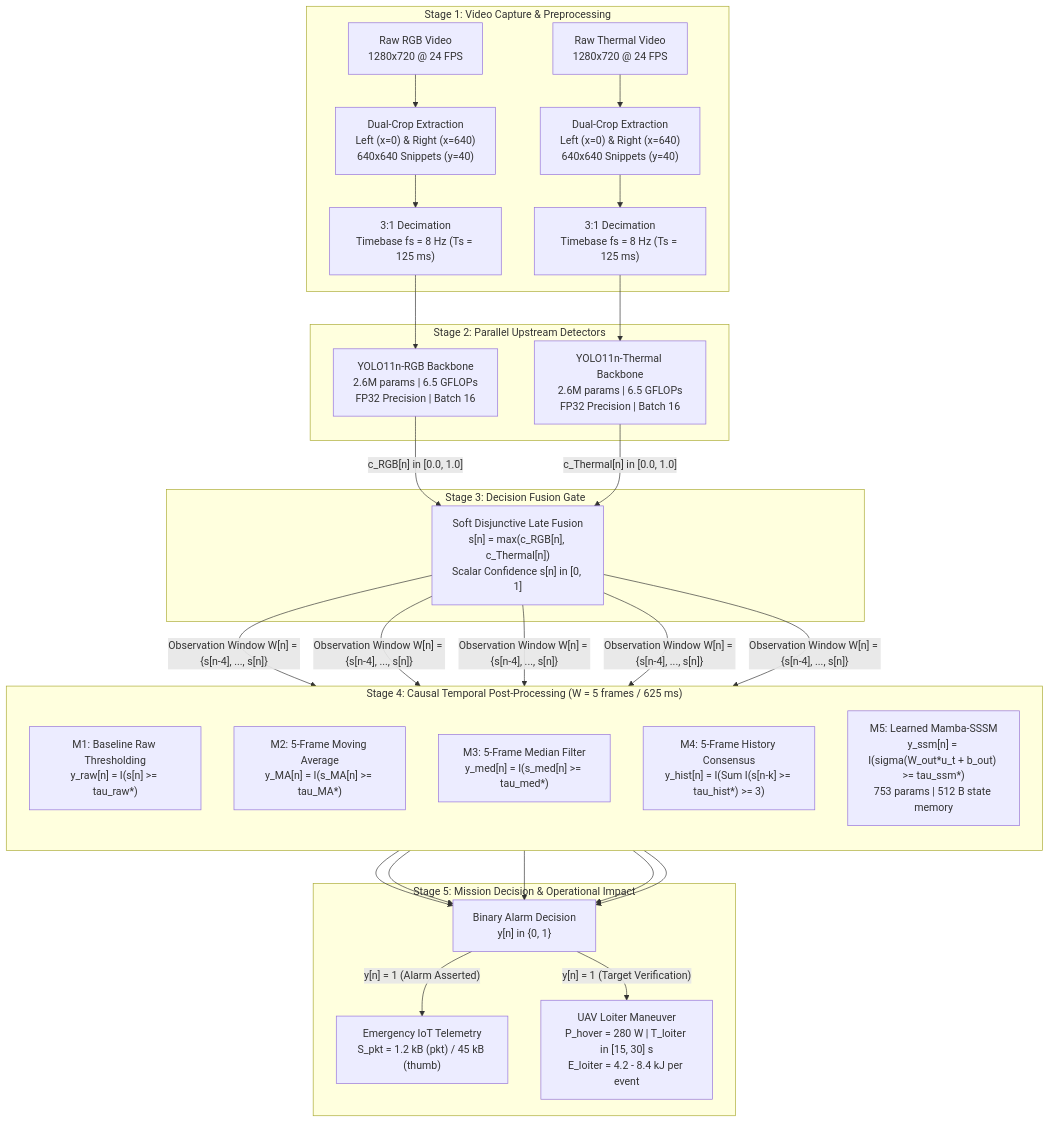
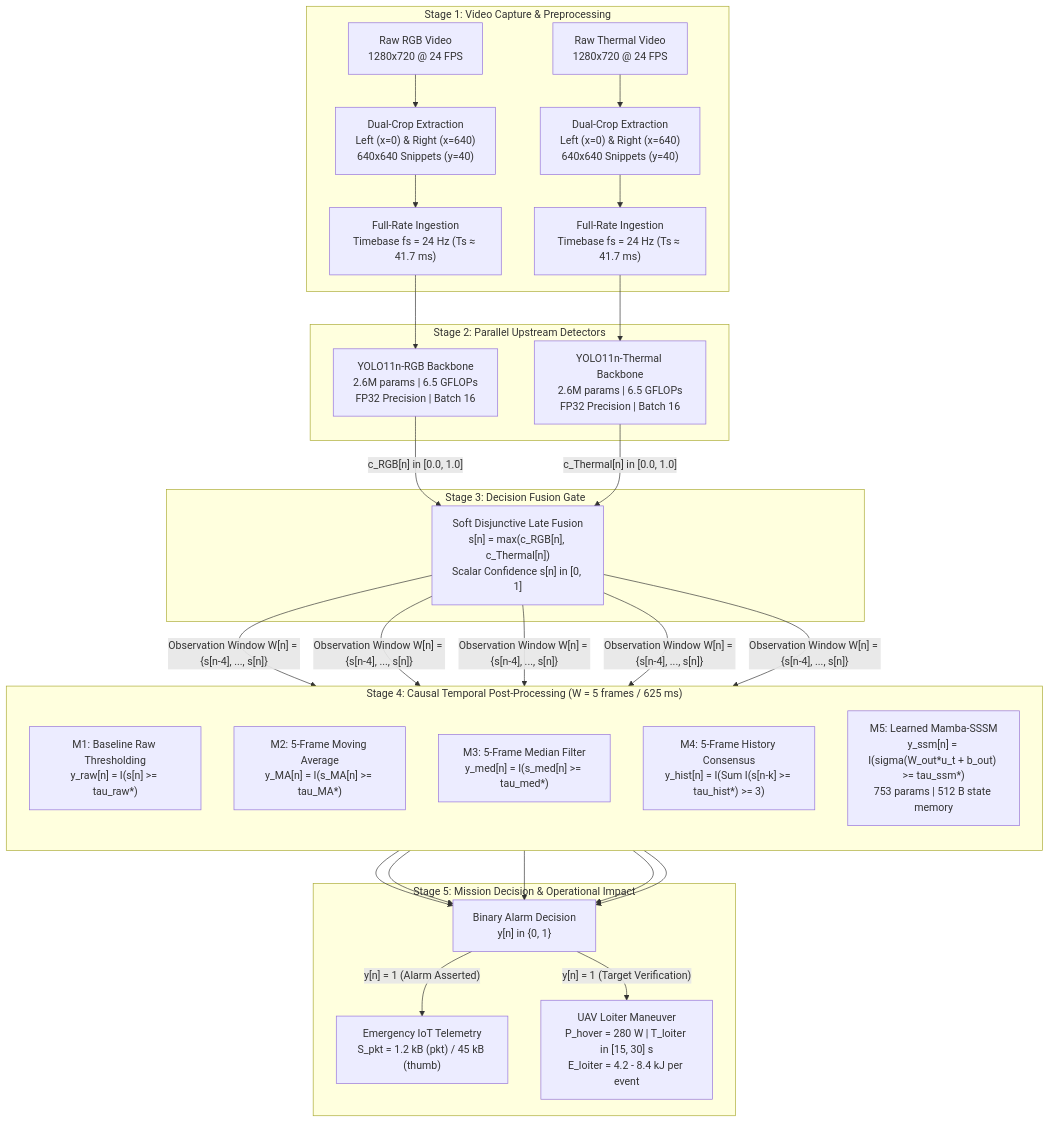
Before and after one commit to IamOumarIbrahim/multi-modal-detection: the diagram in README.md, drawn with Mermaid. The commit also changed other lines of this file and 10 other files, not shown here.

Commit message:
Update MMSAR architecture figure and manuscript to 24 Hz full frame-rate processing

````diff
--- a/README.md
+++ b/README.md
@@ -55,48 +55,48 @@
 ```mermaid
 flowchart TD
     subgraph S1 ["Stage 1: Video Capture & Preprocessing"]
         RGB_raw["Raw RGB Video\n1280x720 @ 24 FPS"]
         TIR_raw["Raw Thermal Video\n1280x720 @ 24 FPS"]
         Crop_RGB["Dual-Crop Extraction\nLeft (x=0) & Right (x=640)\n640x640 Snippets (y=40)"]
         Crop_TIR["Dual-Crop Extraction\nLeft (x=0) & Right (x=640)\n640x640 Snippets (y=40)"]
-        Dec_RGB["3:1 Decimation\nTimebase fs = 8 Hz (Ts = 125 ms)"]
-        Dec_TIR["3:1 Decimation\nTimebase fs = 8 Hz (Ts = 125 ms)"]
+        Dec_RGB["Full-Rate Ingestion\nTimebase fs = 24 Hz (Ts ≈ 41.7 ms)"]
+        Dec_TIR["Full-Rate Ingestion\nTimebase fs = 24 Hz (Ts ≈ 41.7 ms)"]
     end
 
     subgraph S2 ["Stage 2: Parallel Upstream Detectors"]
         YOLO_RGB["YOLO11n-RGB Backbone\n2.6M params | 6.5 GFLOPs\nFP32 Precision | Batch 16"]
         YOLO_TIR["YOLO11n-Thermal Backbone\n2.6M params | 6.5 GFLOPs\nFP32 Precision | Batch 16"]
     end
 
     subgraph S3 ["Stage 3: Decision Fusion Gate"]
         LateFusion["Soft Disjunctive Late Fusion\ns[n] = max(c_RGB[n], c_Thermal[n])\nScalar Confidence s[n] in [0, 1]"]
     end
 
     subgraph S4 ["Stage 4: Causal Temporal Post-Processing (W = 5 frames / 625 ms)"]
         direction TB
         M1["M1: Baseline Raw Thresholding\ny_raw[n] = I(s[n] >= tau_raw*)"]
         M2["M2: 5-Frame Moving Average\ny_MA[n] = I(s_MA[n] >= tau_MA*)"]
         M3["M3: 5-Frame Median Filter\ny_med[n] = I(s_med[n] >= tau_med*)"]
         M4["M4: 5-Frame History Consensus\ny_hist[n] = I(Sum I(s[n-k] >= tau_hist*) >= 3)"]
         M5["M5: Learned Mamba-SSSM\ny_ssm[n] = I(sigma(W_out*u_t + b_out) >= tau_ssm*)\n753 params | 512 B state memory"]
     end
 
     subgraph S5 ["Stage 5: Mission Decision & Operational Impact"]
         Alarm["Binary Alarm Decision\ny[n] in {0, 1}"]
         Telemetry["Emergency IoT Telemetry\nS_pkt = 1.2 kB (pkt) / 45 kB (thumb)"]
         Loiter["UAV Loiter Maneuver\nP_hover = 280 W | T_loiter in [15, 30] s\nE_loiter = 4.2 - 8.4 kJ per event"]
     end
 
     RGB_raw --> Crop_RGB --> Dec_RGB --> YOLO_RGB
     TIR_raw --> Crop_TIR --> Dec_TIR --> YOLO_TIR
 
     YOLO_RGB -->|"c_RGB[n] in [0.0, 1.0]"| LateFusion
     YOLO_TIR -->|"c_Thermal[n] in [0.0, 1.0]"| LateFusion
 
     LateFusion -->|"Observation Window W[n] = {s[n-4], ..., s[n]}"| M1 & M2 & M3 & M4 & M5
 
     M1 & M2 & M3 & M4 & M5 --> Alarm
 
     Alarm -->|"y[n] = 1 (Alarm Asserted)"| Telemetry
     Alarm -->|"y[n] = 1 (Target Verification)"| Loiter
 ```
````
